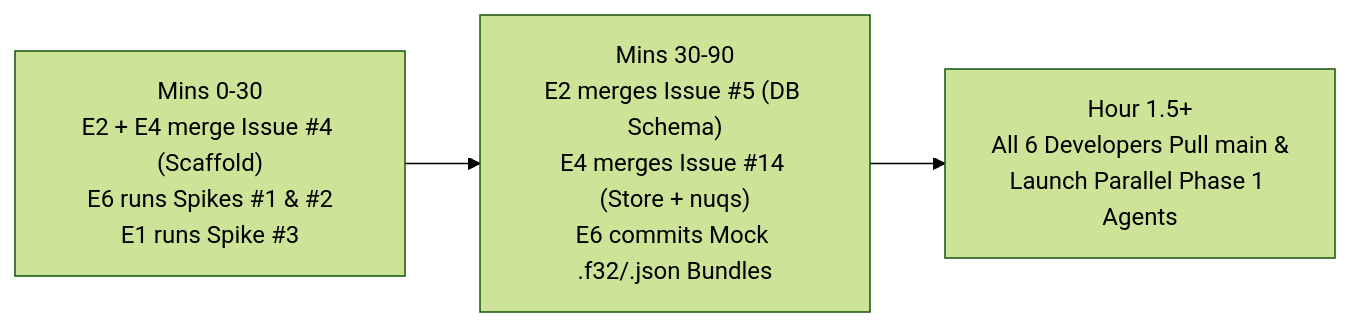
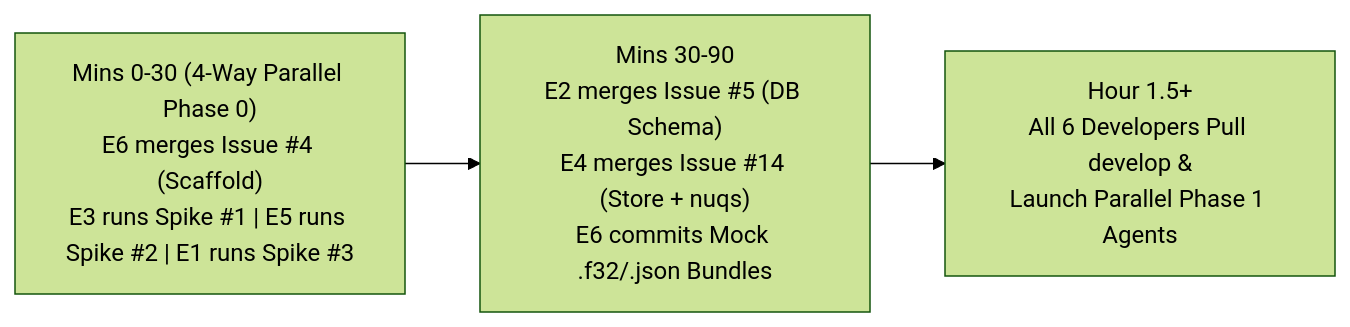
The diagram in CONTRIBUTING.md (Amonochuka/Spectra), drawn with Mermaid (forest theme) before and after one commit. The commit also changed other lines of this file and 2 other files, not shown here.

Commit message:
docs(tasks): balance E6 with real app features (#24, #28) and parallelize Phase 0 spikes across E1/E3/E5/E6

````diff
--- a/CONTRIBUTING.md
+++ b/CONTRIBUTING.md
@@ -57,5 +57,5 @@
 ```mermaid
 flowchart LR
-    Step1["Mins 0-30\nE2 + E4 merge Issue #4 (Scaffold)\nE6 runs Spikes #1 & #2\nE1 runs Spike #3"] --> Step2["Mins 30-90\nE2 merges Issue #5 (DB Schema)\nE4 merges Issue #14 (Store + nuqs)\nE6 commits Mock .f32/.json Bundles"]
-    Step2 --> Step3["Hour 1.5+\nAll 6 Developers Pull main &\nLaunch Parallel Phase 1 Agents"]
+    Step1["Mins 0-30 (4-Way Parallel Phase 0)\nE6 merges Issue #4 (Scaffold)\nE3 runs Spike #1 | E5 runs Spike #2 | E1 runs Spike #3"] --> Step2["Mins 30-90\nE2 merges Issue #5 (DB Schema)\nE4 merges Issue #14 (Store + nuqs)\nE6 commits Mock .f32/.json Bundles"]
+    Step2 --> Step3["Hour 1.5+\nAll 6 Developers Pull develop &\nLaunch Parallel Phase 1 Agents"]
 ```
````
